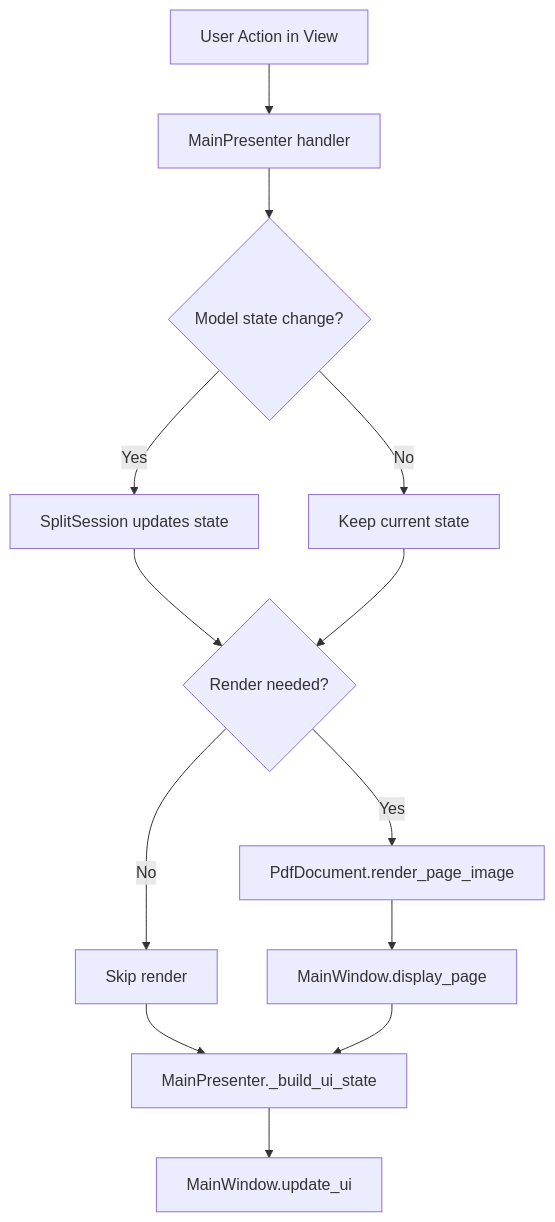
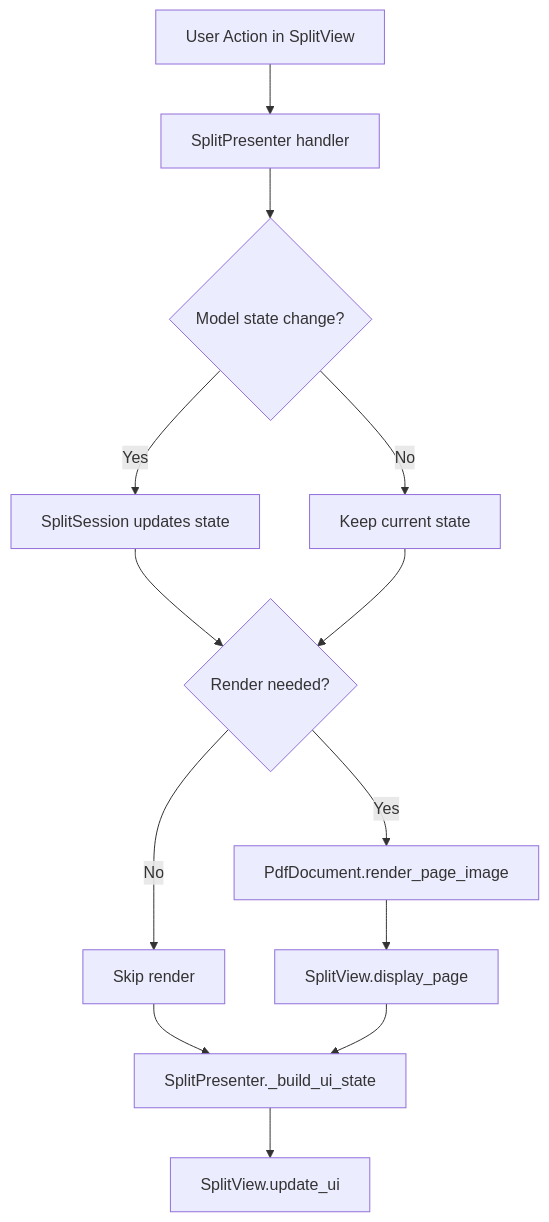
Before and after one commit to sho-kawasaki-dd/pdf_toolbox: the first of 3 diagrams in docs/developer-architecture.md, drawn with Mermaid. The commit also changed other lines of this file and 41 other files, not shown here.

````diff
--- a/docs/developer-architecture.md
+++ b/docs/developer-architecture.md
@@ -149,15 +155,15 @@
 ```mermaid
 flowchart TD
-    A[User Action in View] --> B[MainPresenter handler]
+  A[User Action in SplitView] --> B[SplitPresenter handler]
     B --> C{Model state change?}
     C -->|Yes| D[SplitSession updates state]
     C -->|No| E[Keep current state]
     D --> F{Render needed?}
     E --> F
     F -->|Yes| G[PdfDocument.render_page_image]
     F -->|No| H[Skip render]
-    G --> I[MainWindow.display_page]
-    H --> J[MainPresenter._build_ui_state]
+  G --> I[SplitView.display_page]
+  H --> J[SplitPresenter._build_ui_state]
     I --> J
-    J --> K[MainWindow.update_ui]
+  J --> K[SplitView.update_ui]
 ```
````
